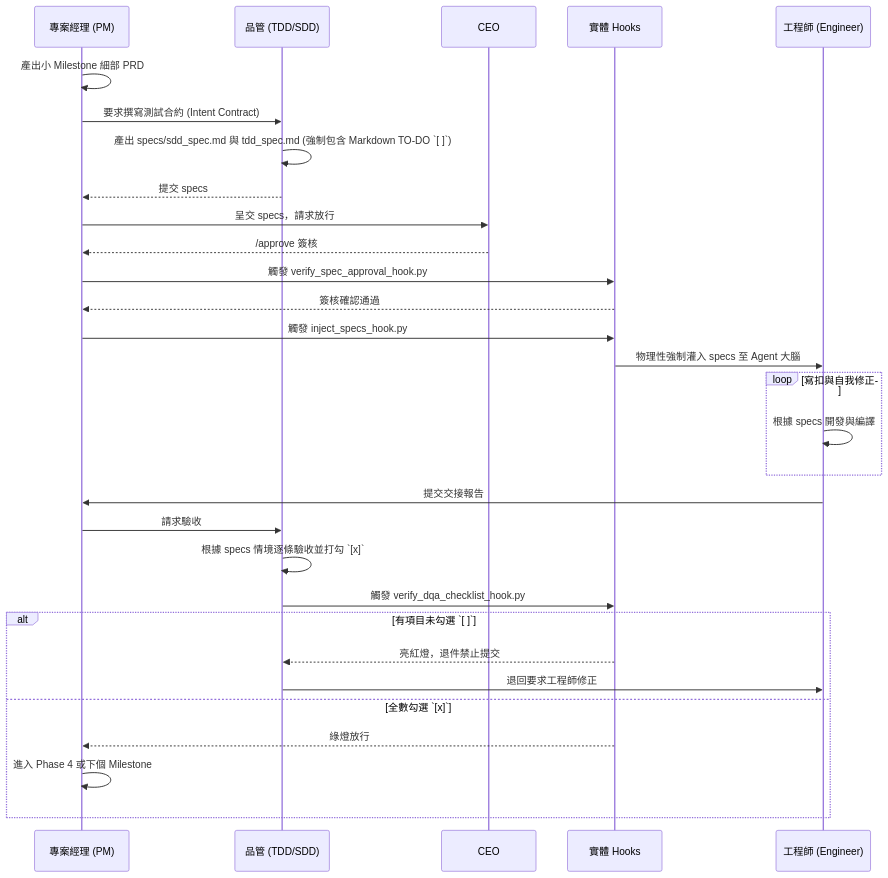
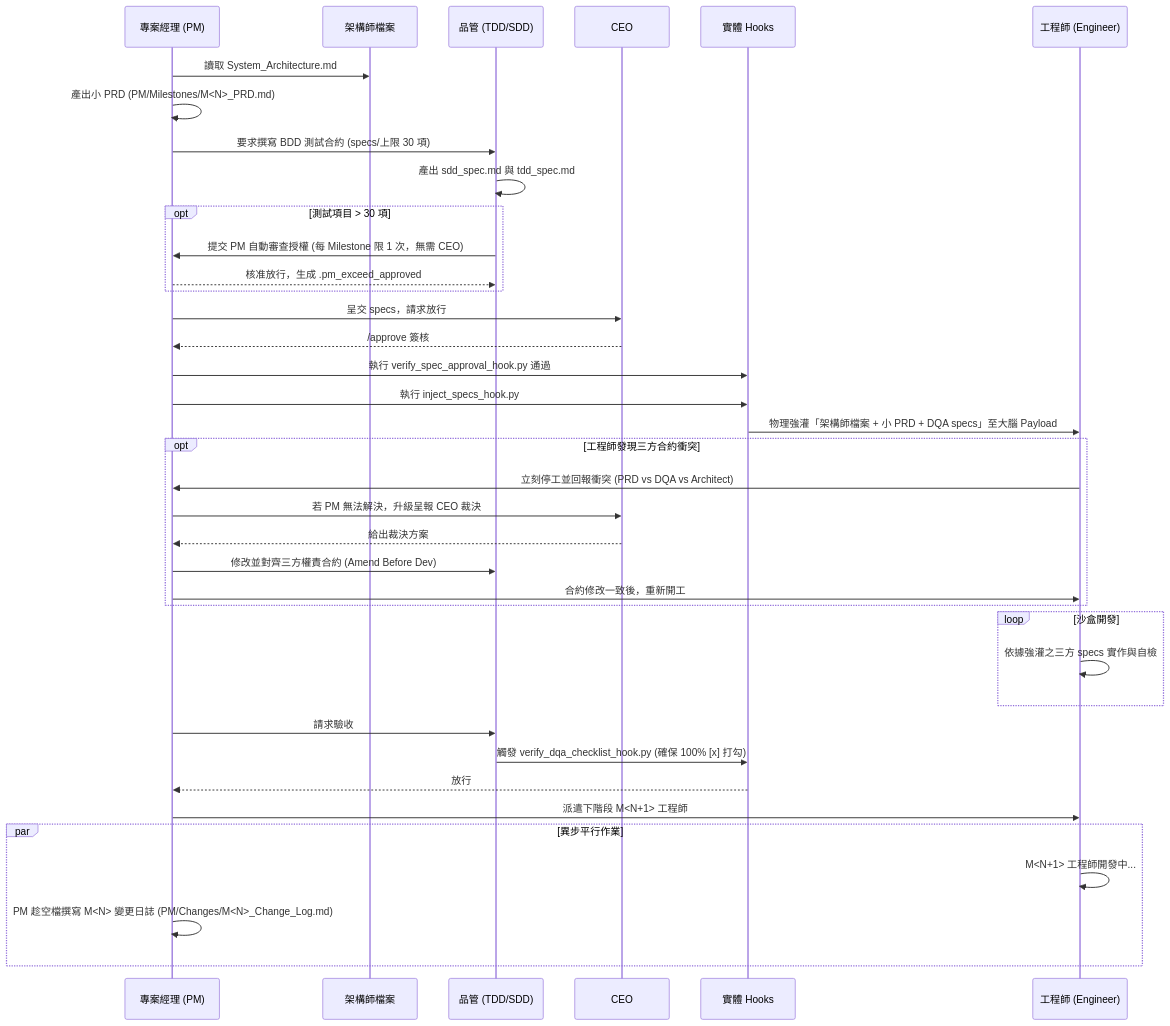
The fifth of 8 diagrams in README.md (vip3310495-Johnny/Johnny-project-team-plugin), drawn with Mermaid before and after one commit. The commit also changed other lines of this file, not shown here.

Commit message:
docs: update README.md workflow and detailed sequence diagrams for v2.0.0

````diff
--- a/README.md
+++ b/README.md
@@ -181,38 +170,44 @@
 ```mermaid
 sequenceDiagram
     participant PM as 專案經理 (PM)
+    participant ArchFile as 架構師檔案
     participant DQA as 品管 (TDD/SDD)
     participant CEO
     participant Hook as 實體 Hooks
     participant ENG as 工程師 (Engineer)
     
-    PM->>PM: 產出小 Milestone 細部 PRD
-    PM->>DQA: 要求撰寫測試合約 (Intent Contract)
-    DQA->>DQA: 產出 specs/sdd_spec.md 與 tdd_spec.md (強制包含 Markdown TO-DO `[ ]`)
-    DQA-->>PM: 提交 specs
-    
+    PM->>ArchFile: 讀取 System_Architecture.md
+    PM->>PM: 產出小 PRD (PM/Milestones/M<N>_PRD.md)
+    PM->>DQA: 要求撰寫 BDD 測試合約 (specs/上限 30 項)
+    DQA->>DQA: 產出 sdd_spec.md 與 tdd_spec.md
+    opt 測試項目 > 30 項
+        DQA->>PM: 提交 PM 自動審查授權 (每 Milestone 限 1 次，無需 CEO)
+        PM-->>DQA: 核准放行，生成 .pm_exceed_approved
+    end
     PM->>CEO: 呈交 specs，請求放行
     CEO-->>PM: /approve 簽核
+    PM->>Hook: 執行 verify_spec_approval_hook.py 通過
+    PM->>Hook: 執行 inject_specs_hook.py
+    Hook->>ENG: 物理強灌「架構師檔案 + 小 PRD + DQA specs」至大腦 Payload
     
-    PM->>Hook: 觸發 verify_spec_approval_hook.py
-    Hook-->>PM: 簽核確認通過
-    
-    PM->>Hook: 觸發 inject_specs_hook.py
-    Hook->>ENG: 物理性強制灌入 specs 至 Agent 大腦
-    
-    loop 寫扣與自我修正
-        ENG->>ENG: 根據 specs 開發與編譯
+    opt 工程師發現三方合約衝突
+        ENG->>PM: 立刻停工並回報衝突 (PRD vs DQA vs Architect)
+        PM->>CEO: 若 PM 無法解決，升級呈報 CEO 裁決
+        CEO-->>PM: 給出裁決方案
+        PM->>DQA: 修改並對齊三方權責合約 (Amend Before Dev)
+        PM->>ENG: 合約修改一致後，重新開工
     end
-    ENG->>PM: 提交交接報告
+
+    loop 沙盒開發
+        ENG->>ENG: 依據強灌之三方 specs 實作與自檢
+    end
     
     PM->>DQA: 請求驗收
-    DQA->>DQA: 根據 specs 情境逐條驗收並打勾 `[x]`
-    DQA->>Hook: 觸發 verify_dqa_checklist_hook.py
-    alt 有項目未勾選 `[ ]`
-        Hook-->>DQA: 亮紅燈，退件禁止提交
-        DQA->>ENG: 退回要求工程師修正
-    else 全數勾選 `[x]`
-        Hook-->>PM: 綠燈放行
-        PM->>PM: 進入 Phase 4 或下個 Milestone
+    DQA->>Hook: 觸發 verify_dqa_checklist_hook.py (確保 100% [x] 打勾)
+    Hook-->>PM: 放行
+    PM->>ENG: 派遣下階段 M<N+1> 工程師
+    par 異步平行作業
+        ENG->>ENG: M<N+1> 工程師開發中...
+        PM->>PM: PM 趁空檔撰寫 M<N> 變更日誌 (PM/Changes/M<N>_Change_Log.md)
     end
 ```
````
